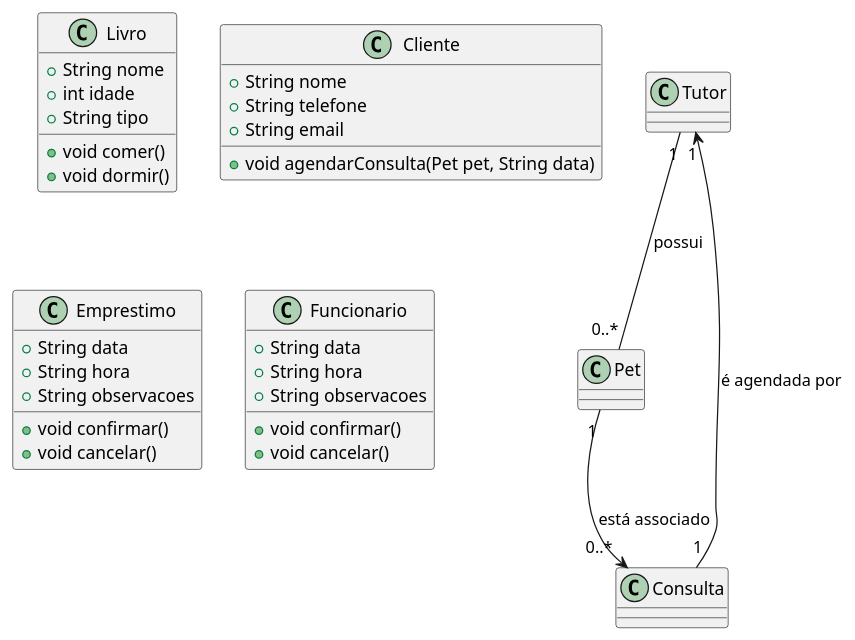
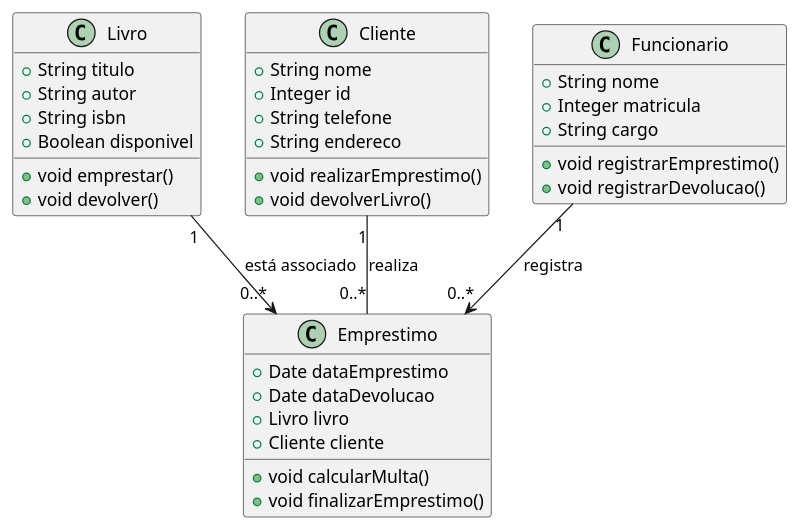
The diagram in analise_projeto_sistemas-2024.2/exercicio7/DC-biblioteca.puml (kaylannesantos/ifpi), drawn with PlantUML before and after one commit. The commit also changed 1 other file, not shown here.

```diff
--- a/analise_projeto_sistemas-2024.2/exercicio7/DC-biblioteca.puml
+++ b/analise_projeto_sistemas-2024.2/exercicio7/DC-biblioteca.puml
@@ -1,36 +1,46 @@
 @startuml Diagrama de Classe - Biblioteca
+' Classe Livro
 class Livro {
-    + String nome
-    + int idade
-    + String tipo
-    + void comer()
-    + void dormir()
+    + String titulo
+    + String autor
+    + String isbn
+    + Boolean disponivel
+    + void emprestar()
+    + void devolver()
 }
 
+' Classe Cliente
 class Cliente {
     + String nome
+    + Integer id
     + String telefone
-    + String email
-    + void agendarConsulta(Pet pet, String data)
+    + String endereco
+    + void realizarEmprestimo()
+    + void devolverLivro()
 }
 
+' Classe Empréstimo
 class Emprestimo {
-    + String data
-    + String hora
-    + String observacoes
-    + void confirmar()
-    + void cancelar()
+    + Date dataEmprestimo
+    + Date dataDevolucao
+    + Livro livro
+    + Cliente cliente
+    + void calcularMulta()
+    + void finalizarEmprestimo()
 }
 
+' Classe Funcionário
 class Funcionario {
-    + String data
-    + String hora
-    + String observacoes
-    + void confirmar()
-    + void cancelar()
+    + String nome
+    + Integer matricula
+    + String cargo
+    + void registrarEmprestimo()
+    + void registrarDevolucao()
 }
 
-Tutor "1" -- "0..*" Pet : possui
-Pet "1" --> "0..*" Consulta : está associado
-Consulta "1" --> "1" Tutor : é agendada por
+' Relacionamentos
+Cliente "1" -- "0..*" Emprestimo : realiza
+Livro "1" --> "0..*" Emprestimo : está associado
+Funcionario "1" --> "0..*" Emprestimo : registra
+
 @enduml
```
